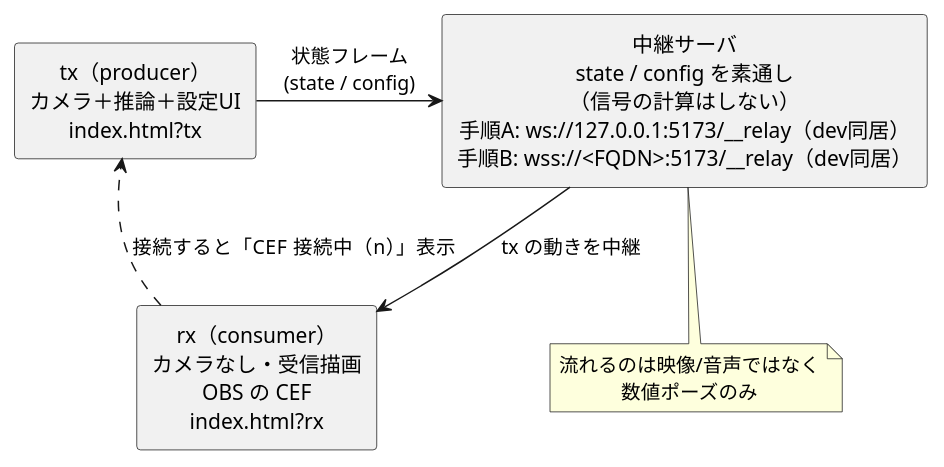
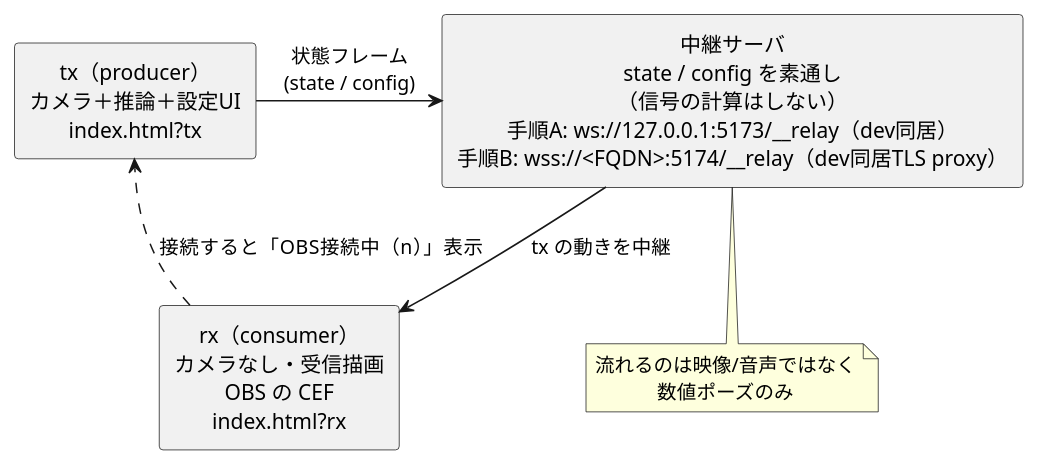
Before and after one commit to tommie-jp/tomari-guruguru: the diagram in docs-camera/11-WS中継の接続手順.md, drawn with PlantUML. The commit also changed other lines of this file and 29 other files, not shown here.

````diff
--- a/docs-camera/11-WS中継の接続手順.md
+++ b/docs-camera/11-WS中継の接続手順.md
@@ -32,20 +32,20 @@
 ```plantuml
 @startuml
 skinparam componentStyle rectangle
 skinparam shadowing false
 skinparam defaultTextAlignment center
 
 [tx（producer）\nカメラ＋推論＋設定UI\nindex.html?tx] as TX
-[中継サーバ\nstate / config を素通し\n（信号の計算はしない）\n手順A: ws://127.0.0.1:5173/__relay（dev同居）\n手順B: wss://<FQDN>:5173/__relay（dev同居）] as RELAY
+[中継サーバ\nstate / config を素通し\n（信号の計算はしない）\n手順A: ws://127.0.0.1:5173/__relay（dev同居）\n手順B: wss://<FQDN>:5174/__relay（dev同居TLS proxy）] as RELAY
 [rx（consumer）\nカメラなし・受信描画\nOBS の CEF\nindex.html?rx] as RX
 
 TX -right-> RELAY : 状態フレーム\n(state / config)
 RELAY -right-> RX : tx の動きを中継
-RX ..> TX : 接続すると「CEF 接続中（n）」表示
+RX ..> TX : 接続すると「OBS接続中（n）」表示
 
 note bottom of RELAY
 流れるのは映像/音声ではなく
 数値ポーズのみ
 end note
 @enduml
 ```
````
